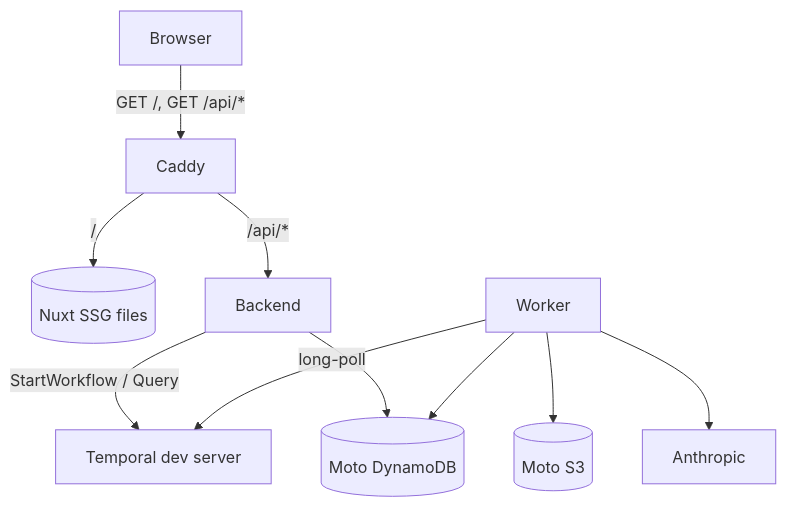
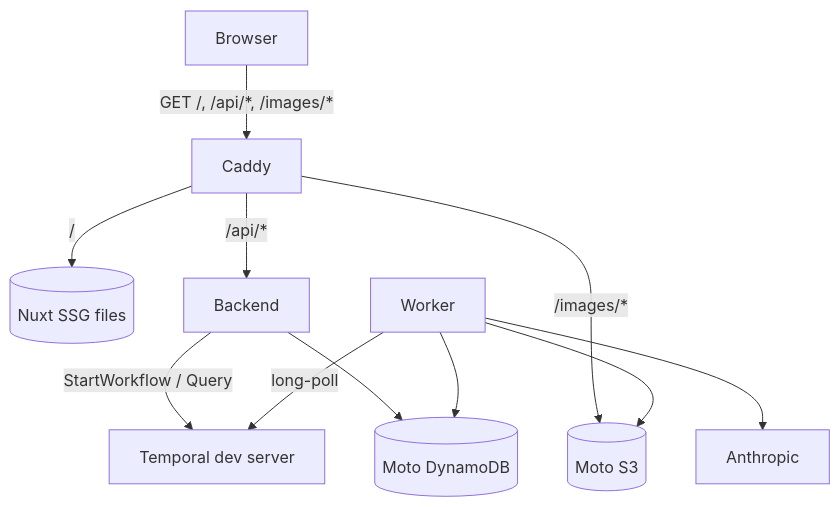
One commit to alexandreroman/aws-image-processing-demo changed the second of 2 diagrams in README.md. Above: the diagram before and after it, drawn with Mermaid. The commit also changed other lines of this file and 4 other files, not shown here.

````diff
--- a/README.md
+++ b/README.md
@@ -215,12 +215,13 @@
 ```mermaid
 graph TD
-    Browser -->|GET /, GET /api/*| Caddy
+    Browser -->|GET /, /api/*, /images/*| Caddy
     Caddy -->|/| StaticSSG[(Nuxt SSG files)]
     Caddy -->|/api/*| Backend
+    Caddy -->|/images/*| Moto[(Moto S3)]
     Backend -->|StartWorkflow / Query| Temporal[Temporal dev server]
     Backend --> DDB[(Moto DynamoDB)]
     Worker -->|long-poll| Temporal
-    Worker --> Moto[(Moto S3)]
+    Worker --> Moto
     Worker --> DDB
     Worker --> Anthropic
 ```
````
